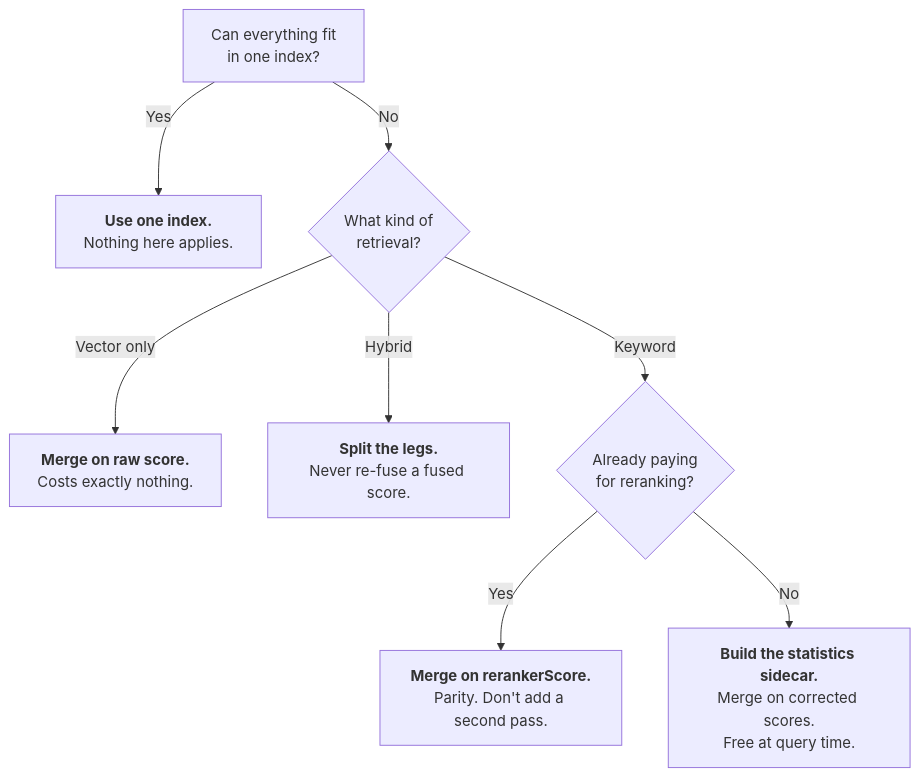
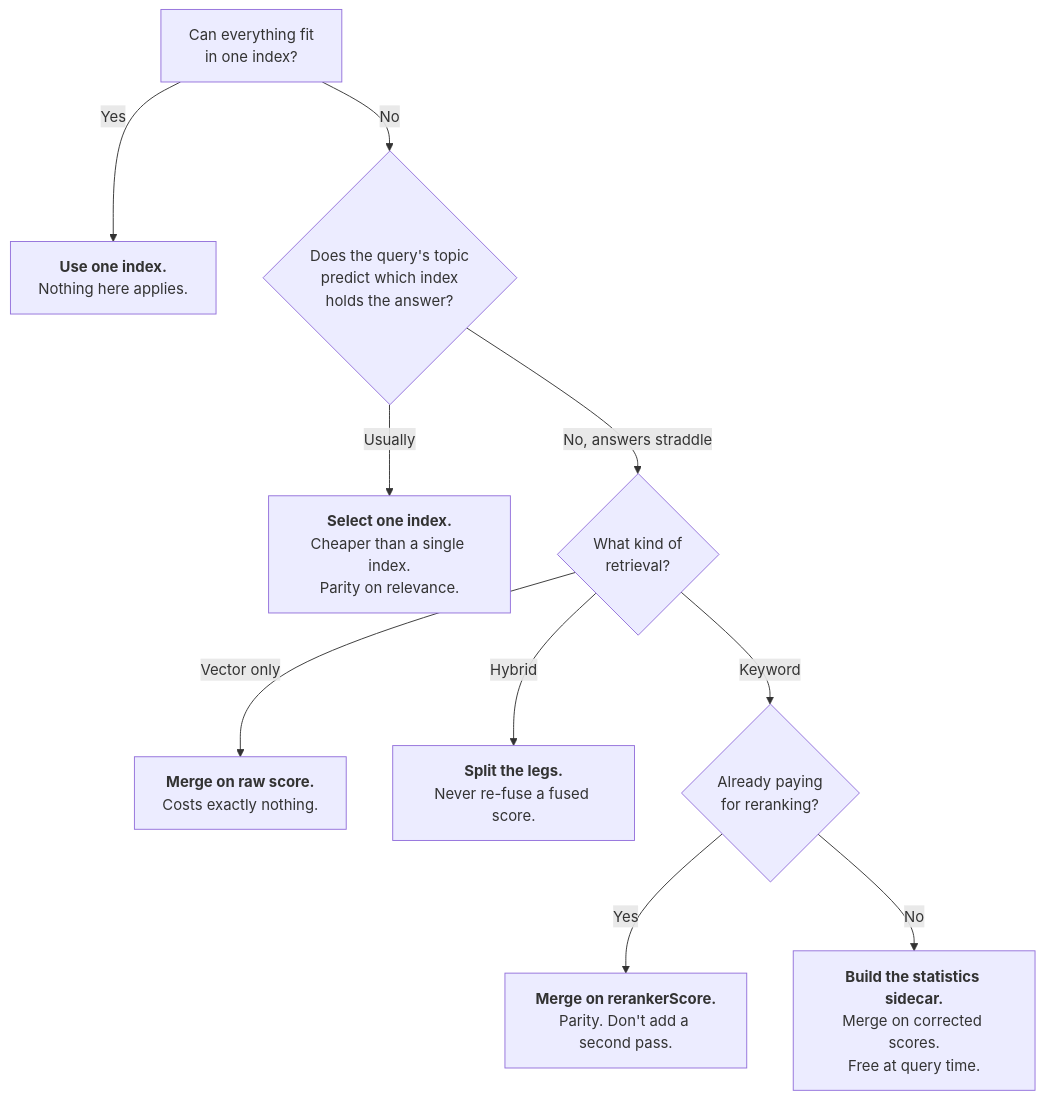
The third of 3 diagrams in docs/report.md (mrcarter8/cross-index-query), drawn with Mermaid before and after one commit. The commit also changed other lines of this file and 7 other files, not shown here.

````diff
--- a/docs/report.md
+++ b/docs/report.md
@@ -578,10 +964,12 @@
 ```mermaid
 flowchart TD
     A["Can everything fit<br/>in one index?"] -->|Yes| B["<b>Use one index.</b><br/>Nothing here applies."]
-    A -->|No| C{"What kind of<br/>retrieval?"}
-    C -->|Vector only| D["<b>Merge on raw score.</b><br/>Costs exactly nothing."]
-    C -->|Hybrid| E["<b>Split the legs.</b><br/>Never re-fuse a fused score."]
-    C -->|Keyword| F{"Already paying<br/>for reranking?"}
-    F -->|Yes| G["<b>Merge on rerankerScore.</b><br/>Parity. Don't add a second pass."]
-    F -->|No| H["<b>Build the statistics sidecar.</b><br/>Merge on corrected scores.<br/>Free at query time."]
+    A -->|No| C{"Does the query's topic<br/>predict which index<br/>holds the answer?"}
+    C -->|"Usually"| S["<b>Select one index.</b><br/>Cheaper than a single index.<br/>Parity on relevance."]
+    C -->|"No, answers straddle"| D{"What kind of<br/>retrieval?"}
+    D -->|Vector only| E["<b>Merge on raw score.</b><br/>Costs exactly nothing."]
+    D -->|Hybrid| F["<b>Split the legs.</b><br/>Never re-fuse a fused score."]
+    D -->|Keyword| G{"Already paying<br/>for reranking?"}
+    G -->|Yes| H["<b>Merge on rerankerScore.</b><br/>Parity. Don't add a second pass."]
+    G -->|No| I["<b>Build the statistics sidecar.</b><br/>Merge on corrected scores.<br/>Free at query time."]
 ```
````
